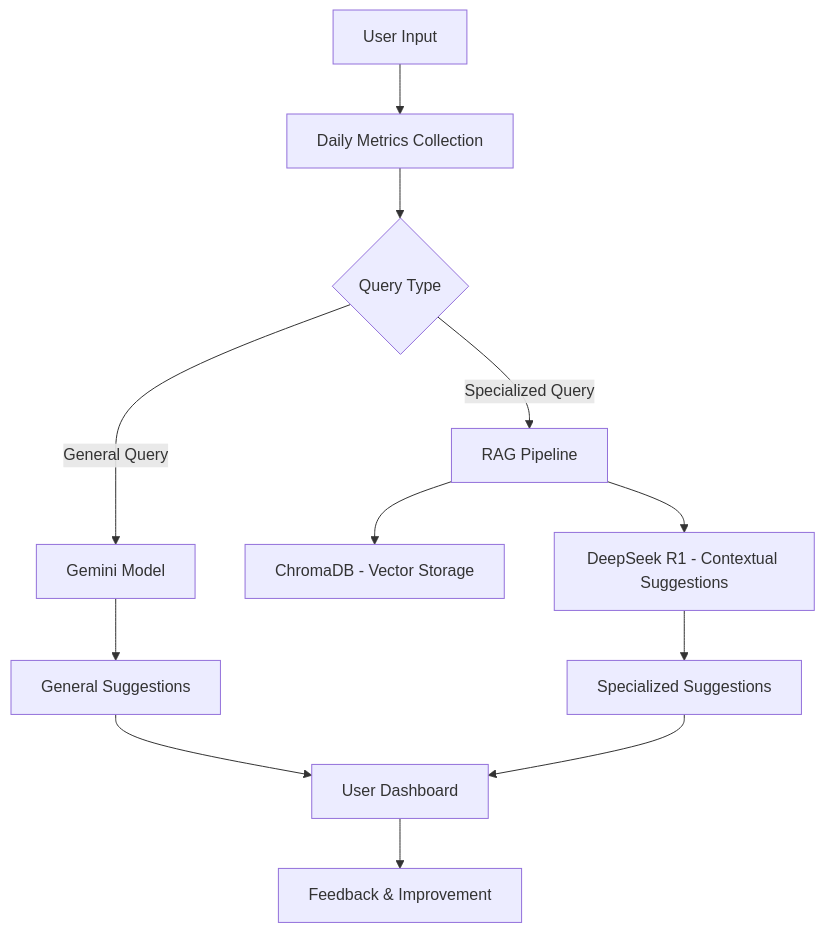
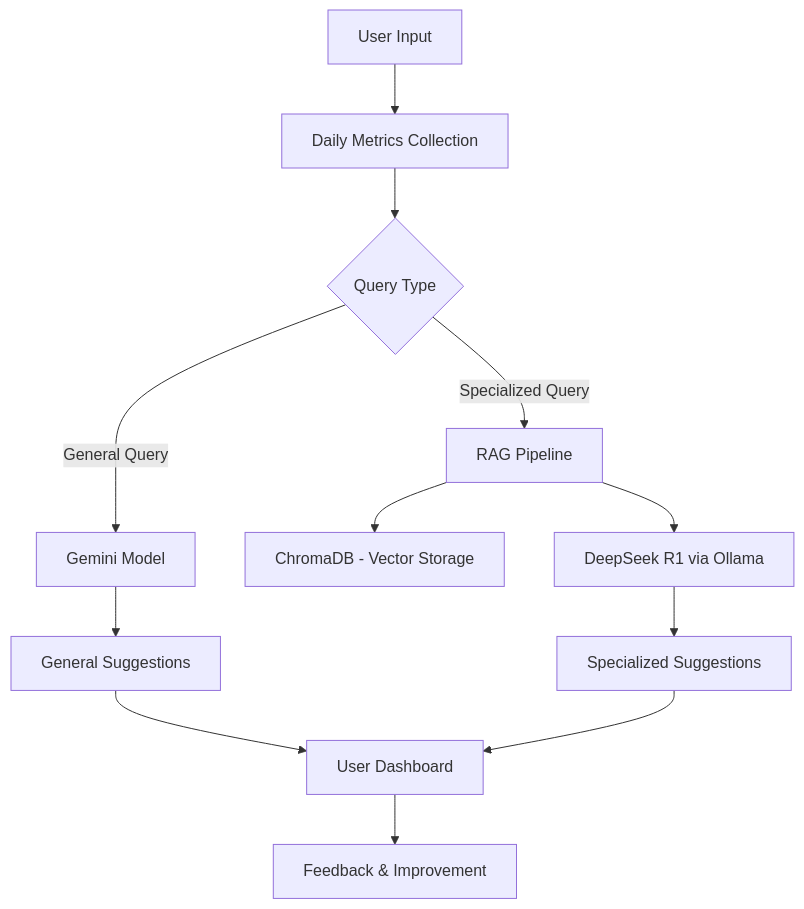
One commit to EFTY1309/Ashroy changed the diagram in readme.md. Above: the diagram before and after it, drawn with Mermaid. The commit also changed other lines of this file and 1 other file, not shown here.

````diff
--- a/readme.md
+++ b/readme.md
@@ -19,14 +19,14 @@
 ```mermaid
 graph TD
     A[User Input] --> B[Daily Metrics Collection]
     B --> C{Query Type}
     C -->|General Query| D[Gemini Model]
     C -->|Specialized Query| E[RAG Pipeline]
     E --> F[ChromaDB - Vector Storage]
-    E --> G[DeepSeek R1 - Contextual Suggestions]
+    E --> G[DeepSeek R1 via Ollama]
     D --> H[General Suggestions]
     G --> I[Specialized Suggestions]
     H --> J[User Dashboard]
     I --> J[User Dashboard]
     J --> K[Feedback & Improvement]
 ```
````
